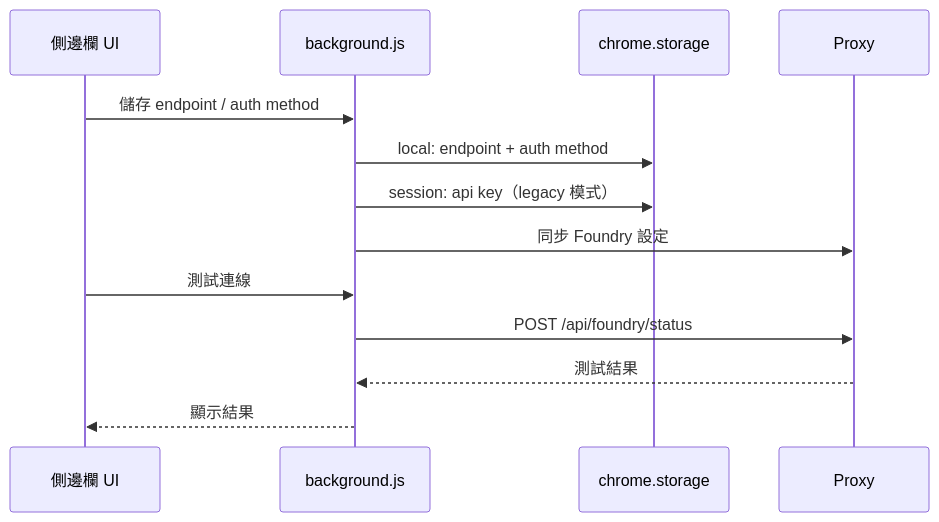
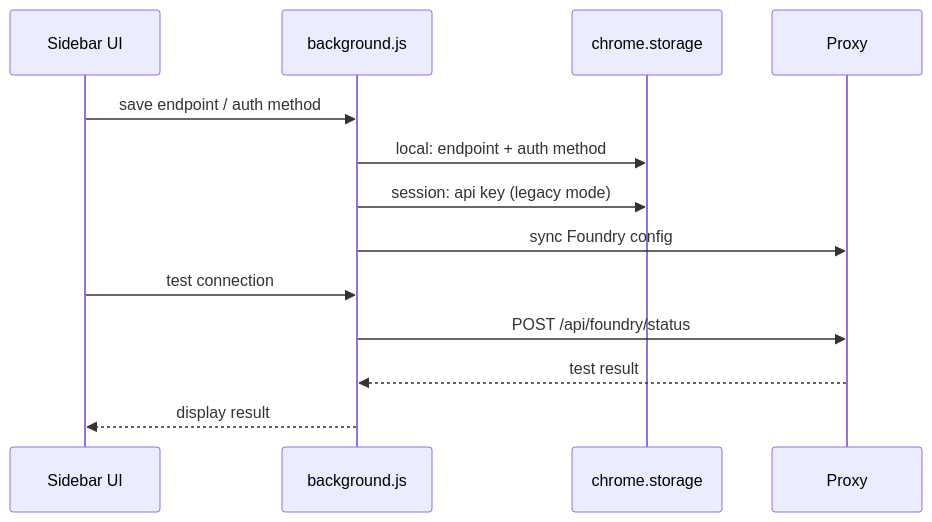
Before and after one commit to payton-chou-ms/browser-ext-for-iq-agent: the eighth of 9 diagrams in docs/architecture.md, drawn with Mermaid. The commit also changed other lines of this file and 80 other files, not shown here.

````diff
--- a/docs/architecture.md
+++ b/docs/architecture.md
@@ -292,16 +294,16 @@
 ```mermaid
 sequenceDiagram
-  participant UI as 側邊欄 UI
+  participant UI as Sidebar UI
   participant BG as background.js
   participant CS as chrome.storage
   participant PX as Proxy
 
-  UI->>BG: 儲存 endpoint / auth method
-  BG->>CS: local: endpoint + auth method
-  BG->>CS: session: api key（legacy 模式）
-  BG->>PX: 同步 Foundry 設定
-  UI->>BG: 測試連線
-  BG->>PX: POST /api/foundry/status
-  PX-->>BG: 測試結果
-  BG-->>UI: 顯示結果
+  UI ->> BG: save endpoint / auth method
+  BG ->> CS: local: endpoint + auth method
+  BG ->> CS: session: api key (legacy mode)
+  BG ->> PX: sync Foundry config
+  UI ->> BG: test connection
+  BG ->> PX: POST /api/foundry/status
+  PX -->> BG: test result
+  BG -->> UI: display result
 ```
````
